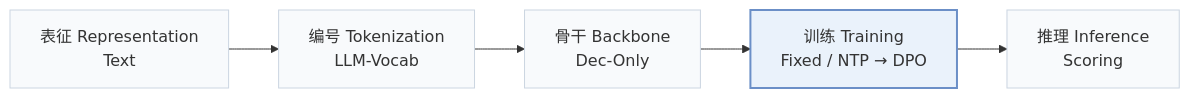
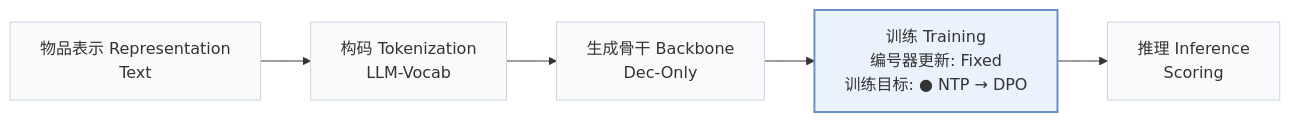
The first of 2 diagrams in pages/zh/papers/causaldpo.md (Galaxy-ghost/Awesome-SID-Generative-Rec), drawn with Mermaid before and after one commit. The commit also changed other lines of this file and 558 other files, not shown here.

````diff
--- a/pages/zh/papers/causaldpo.md
+++ b/pages/zh/papers/causaldpo.md
@@ -15,8 +18,8 @@
 ```mermaid
 flowchart LR
-    R["表征 Representation<br/>Text"] --> T["编号 Tokenization<br/>LLM-Vocab"] --> B["骨干 Backbone<br/>Dec-Only"] --> TR["训练 Training<br/>Fixed / NTP → DPO"] --> I["推理 Inference<br/>Scoring"]
+    R["物品表示 Representation<br/>Text"] --> T["构码 Tokenization<br/>LLM-Vocab"] --> B["生成骨干 Backbone<br/>Dec-Only"] --> TR["训练 Training<br/>编号器更新: Fixed<br/>训练目标: ● NTP → DPO"] --> I["推理 Inference<br/>Scoring"]
     classDef base fill:#f8fafc,stroke:#cbd5e1
     class R,T,B,TR,I base
     classDef main fill:#eaf2fb,stroke:#6b8fc7,stroke-width:2px
     class TR main
 ```
````
